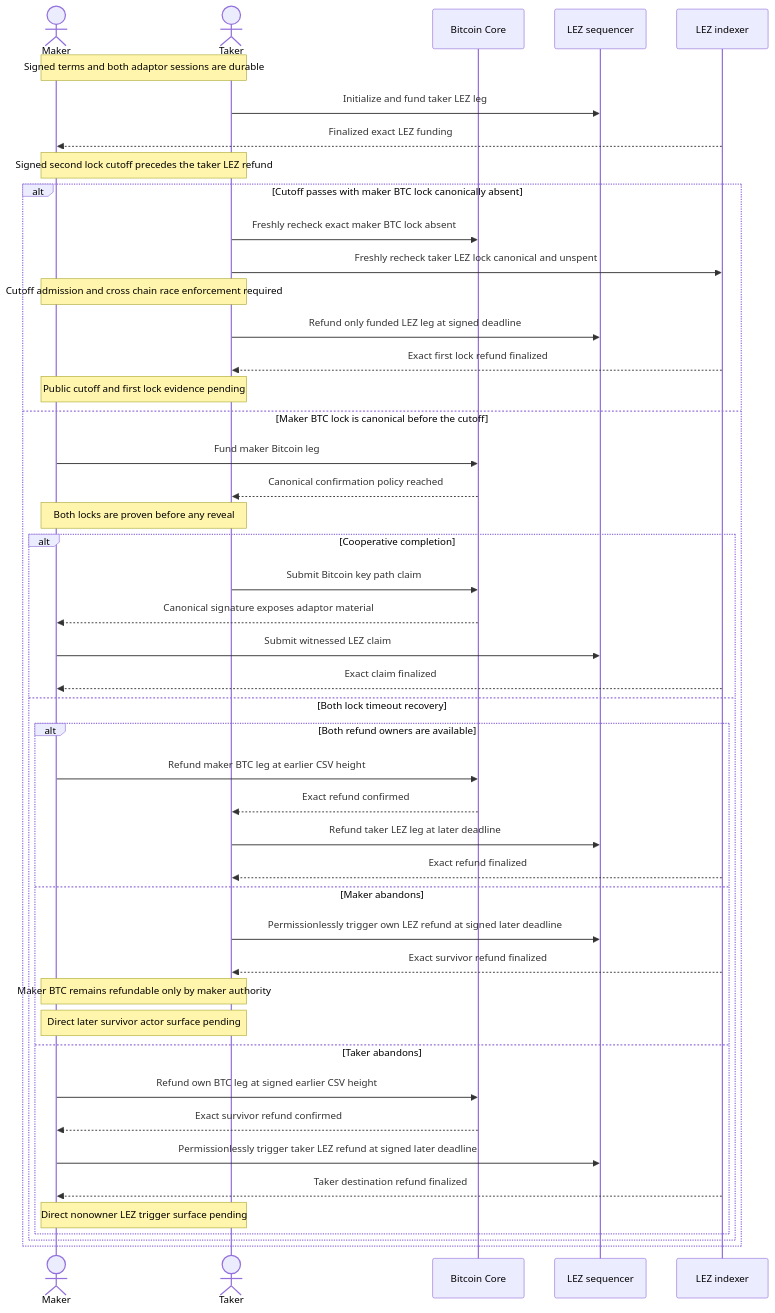
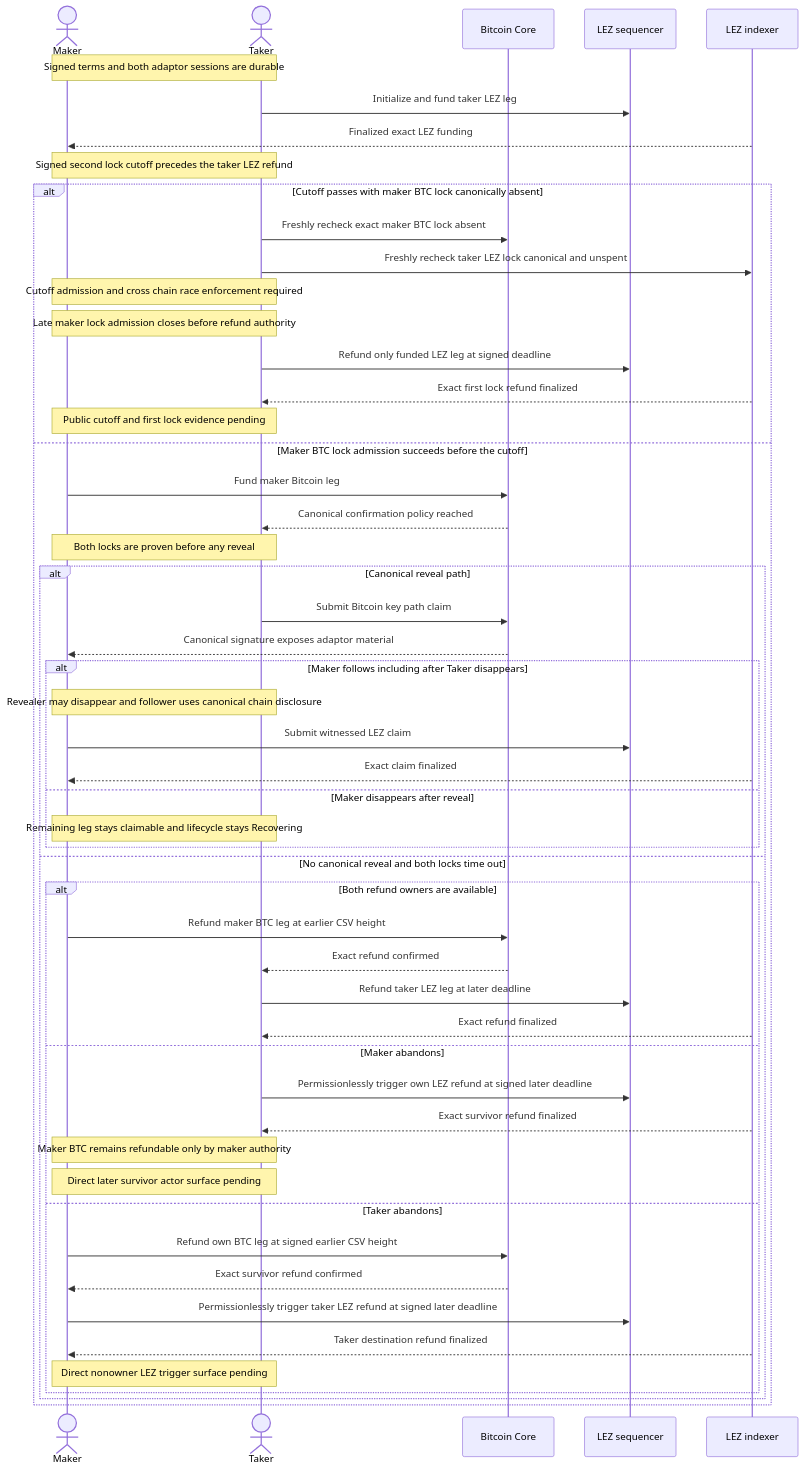
Before and after one commit to gateway-fm/lez-atomic-swaps: diagram 13 of 21 in docs/architecture/system-architecture.md, drawn with Mermaid. The commit also changed other lines of this file and 25 other files, not shown here.

Commit message:
feat: gate first-lock recovery on canonical absence

````diff
--- a/docs/architecture/system-architecture.md
+++ b/docs/architecture/system-architecture.md
@@ -1284,49 +1304,55 @@
 ```mermaid
 sequenceDiagram
     actor Maker
     actor Taker
     participant Bitcoin as Bitcoin Core
     participant LezSeq as LEZ sequencer
     participant LezIdx as LEZ indexer
 
     Note over Maker,Taker: Signed terms and both adaptor sessions are durable
     Taker->>LezSeq: Initialize and fund taker LEZ leg
     LezIdx-->>Maker: Finalized exact LEZ funding
     Note over Maker,Taker: Signed second lock cutoff precedes the taker LEZ refund
     alt Cutoff passes with maker BTC lock canonically absent
         Taker->>Bitcoin: Freshly recheck exact maker BTC lock absent
         Taker->>LezIdx: Freshly recheck taker LEZ lock canonical and unspent
         Note over Maker,Taker: Cutoff admission and cross chain race enforcement required
+        Note over Maker,Taker: Late maker lock admission closes before refund authority
         Taker->>LezSeq: Refund only funded LEZ leg at signed deadline
         LezIdx-->>Taker: Exact first lock refund finalized
         Note over Maker,Taker: Public cutoff and first lock evidence pending
-    else Maker BTC lock is canonical before the cutoff
+    else Maker BTC lock admission succeeds before the cutoff
         Maker->>Bitcoin: Fund maker Bitcoin leg
         Bitcoin-->>Taker: Canonical confirmation policy reached
         Note over Maker,Taker: Both locks are proven before any reveal
-        alt Cooperative completion
+        alt Canonical reveal path
             Taker->>Bitcoin: Submit Bitcoin key path claim
             Bitcoin-->>Maker: Canonical signature exposes adaptor material
-            Maker->>LezSeq: Submit witnessed LEZ claim
-            LezIdx-->>Maker: Exact claim finalized
-        else Both lock timeout recovery
+            alt Maker follows including after Taker disappears
+                Note over Maker,Taker: Revealer may disappear and follower uses canonical chain disclosure
+                Maker->>LezSeq: Submit witnessed LEZ claim
+                LezIdx-->>Maker: Exact claim finalized
+            else Maker disappears after reveal
+                Note over Maker,Taker: Remaining leg stays claimable and lifecycle stays Recovering
+            end
+        else No canonical reveal and both locks time out
             alt Both refund owners are available
                 Maker->>Bitcoin: Refund maker BTC leg at earlier CSV height
                 Bitcoin-->>Taker: Exact refund confirmed
                 Taker->>LezSeq: Refund taker LEZ leg at later deadline
                 LezIdx-->>Taker: Exact refund finalized
             else Maker abandons
                 Taker->>LezSeq: Permissionlessly trigger own LEZ refund at signed later deadline
                 LezIdx-->>Taker: Exact survivor refund finalized
                 Note over Maker,Taker: Maker BTC remains refundable only by maker authority
                 Note over Maker,Taker: Direct later survivor actor surface pending
             else Taker abandons
                 Maker->>Bitcoin: Refund own BTC leg at signed earlier CSV height
                 Bitcoin-->>Maker: Exact survivor refund confirmed
                 Maker->>LezSeq: Permissionlessly trigger taker LEZ refund at signed later deadline
                 LezIdx-->>Maker: Taker destination refund finalized
                 Note over Maker,Taker: Direct nonowner LEZ trigger surface pending
             end
         end
     end
 ```
````
